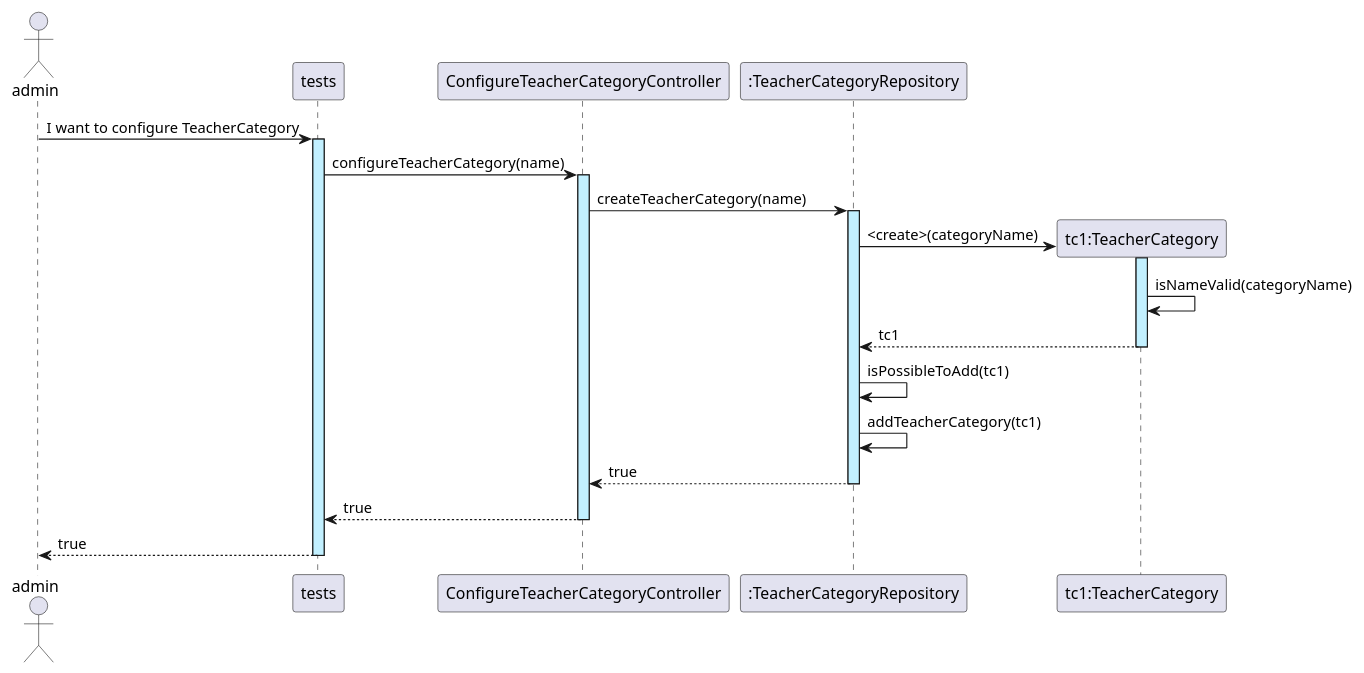
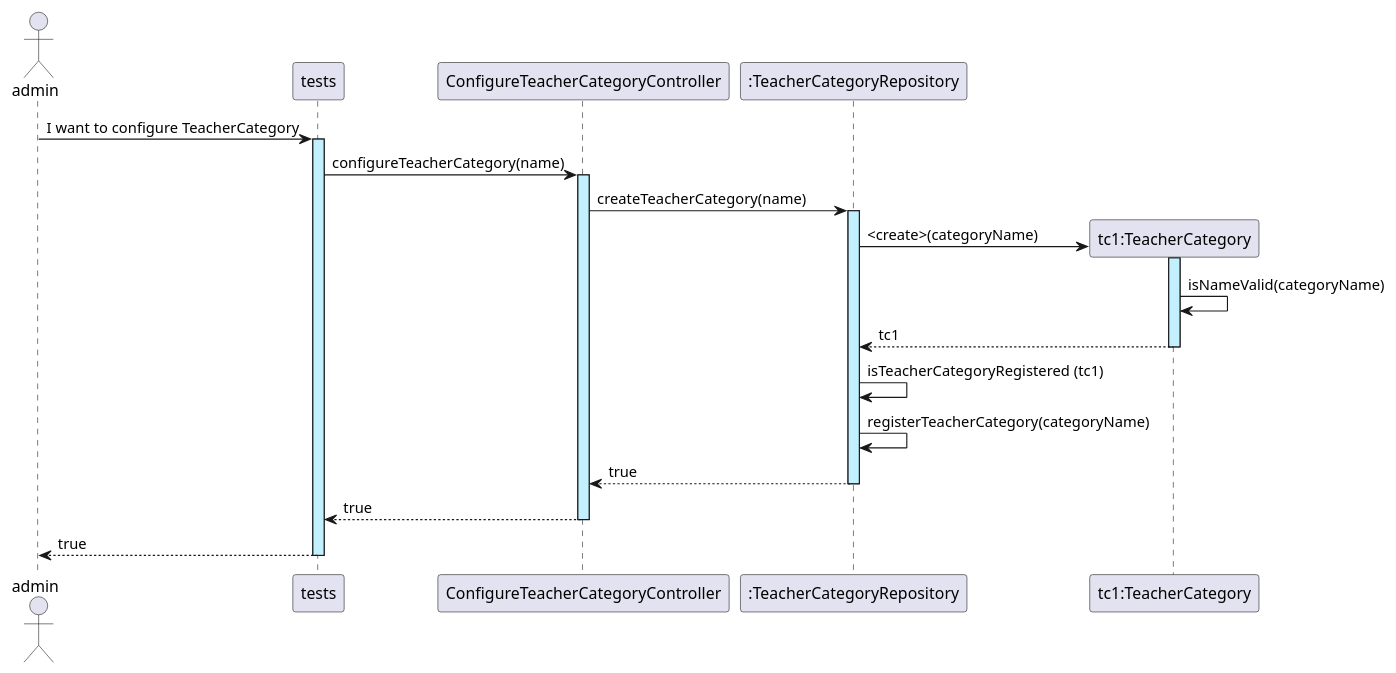
One commit to GasparISEP/DevOps-PAI changed the diagram in docs/sequenceSystemDiagrams/Sprint_1/US01_ConfigureTeacherCategoriesInSystem.puml. Above: the diagram before and after it, drawn with PlantUML.

Commit message:
update ssd_us01

```diff
--- a/docs/sequenceSystemDiagrams/Sprint_1/US01_ConfigureTeacherCategoriesInSystem.puml
+++ b/docs/sequenceSystemDiagrams/Sprint_1/US01_ConfigureTeacherCategoriesInSystem.puml
@@ -1,24 +1,24 @@
 @startuml
 actor admin
 
 
 
 admin -> tests ++ #application : I want to configure TeacherCategory
 
 tests -> ConfigureTeacherCategoryController ++ #application : configureTeacherCategory(name)
 
 participant ":TeacherCategoryRepository" as TeacherCategoryRepository
 ConfigureTeacherCategoryController -> TeacherCategoryRepository ++ #application : createTeacherCategory(name)
 
 create "tc1:TeacherCategory" as TeacherCategory
 TeacherCategoryRepository -> TeacherCategory ++ #application : <create>(categoryName)
 TeacherCategory -> TeacherCategory: isNameValid(categoryName)
 TeacherCategory --> TeacherCategoryRepository -- : tc1
-TeacherCategoryRepository -> TeacherCategoryRepository : isPossibleToAdd(tc1)
-TeacherCategoryRepository -> TeacherCategoryRepository : addTeacherCategory(tc1)
+TeacherCategoryRepository -> TeacherCategoryRepository : isTeacherCategoryRegistered (tc1)
+TeacherCategoryRepository -> TeacherCategoryRepository : registerTeacherCategory(categoryName)
 
 TeacherCategoryRepository --> ConfigureTeacherCategoryController --: true
 
 ConfigureTeacherCategoryController --> tests --: true
 tests --> admin --: true
 @enduml
```
